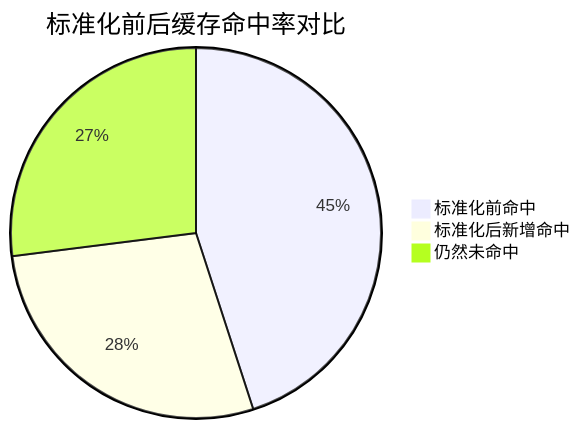
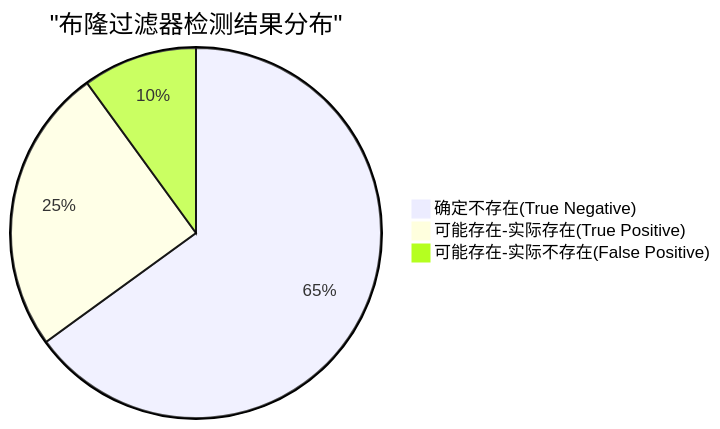
One commit to crazypenguincode/duckdb changed the tenth of 25 diagrams in md/第五章-实验与分析.md. Above: the diagram before and after it, drawn with Mermaid. The commit also changed other lines of this file and 361 other files, not shown here.

````diff
--- a/md/第五章-实验与分析.md
+++ b/md/第五章-实验与分析.md
@@ -437,6 +320,6 @@
 ```mermaid
-pie title 标准化前后缓存命中率对比
-    "标准化前命中" : 45
-    "标准化后新增命中" : 28
-    "仍然未命中" : 27
+pie title "布隆过滤器检测结果分布"
+    "确定不存在(True Negative)" : 65
+    "可能存在-实际存在(True Positive)" : 25
+    "可能存在-实际不存在(False Positive)" : 10
 ```
````
